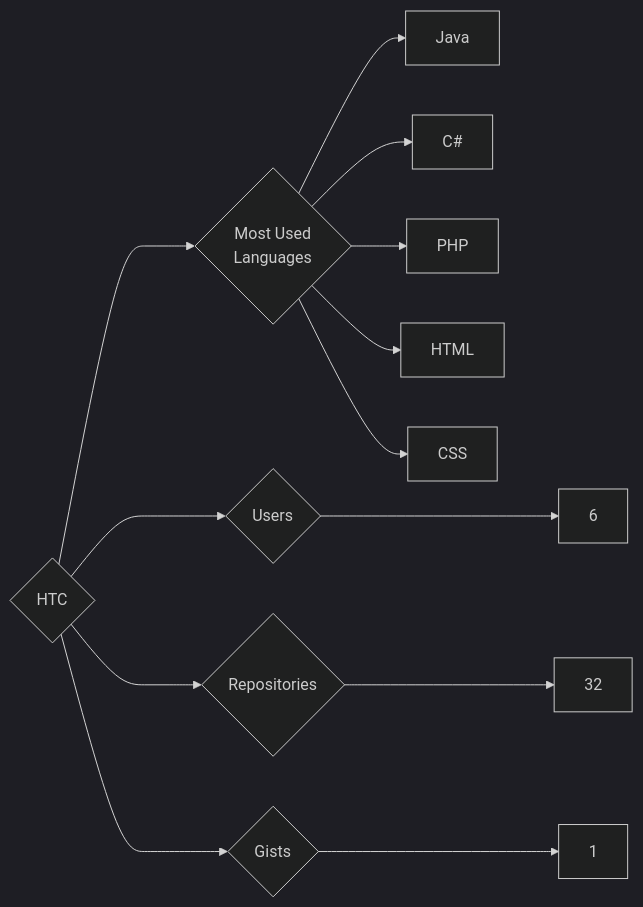
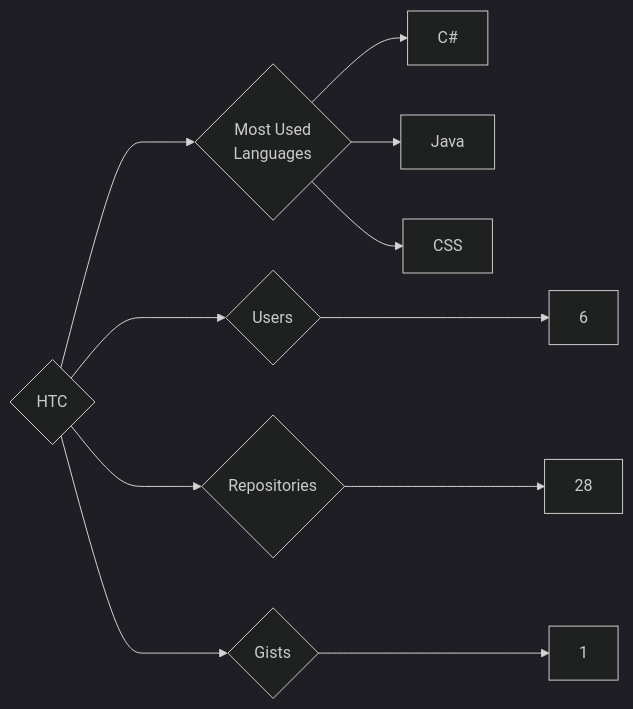
Before and after one commit to trickest/insiders: the diagram in targets/HTC/README.md, drawn with Mermaid (dark theme). The commit also changed 997 other files, not shown here.

````diff
--- a/targets/HTC/README.md
+++ b/targets/HTC/README.md
@@ -3,13 +3,11 @@
 ```mermaid
 graph LR
 COMPANY_NAME{HTC}
 COMPANY_NAME ---> U{Users} ---> UN[6]
-COMPANY_NAME ---> R{Repositories} ---> RN[32]
+COMPANY_NAME ---> R{Repositories} ---> RN[28]
 COMPANY_NAME ---> G{Gists} ---> GN[1]
 COMPANY_NAME ---> ML{Most Used<br>Languages}
+ML --> C#[C#]
 ML --> Java[Java]
-ML --> C#[C#]
-ML --> PHP[PHP]
-ML --> HTML[HTML]
 ML --> CSS[CSS]
 ```
````
